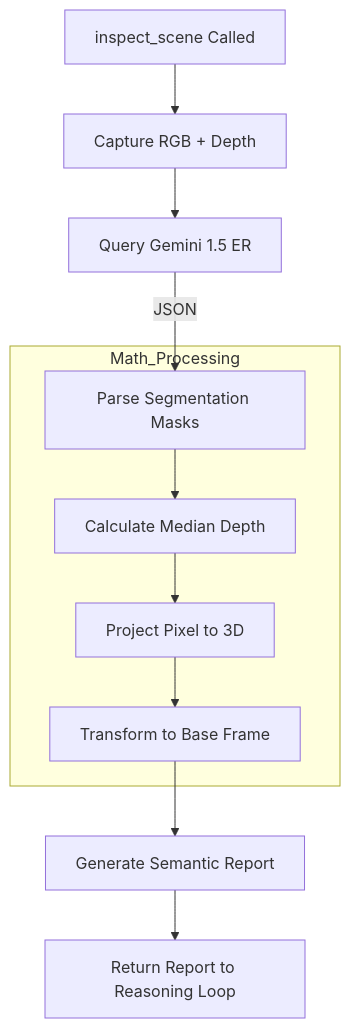
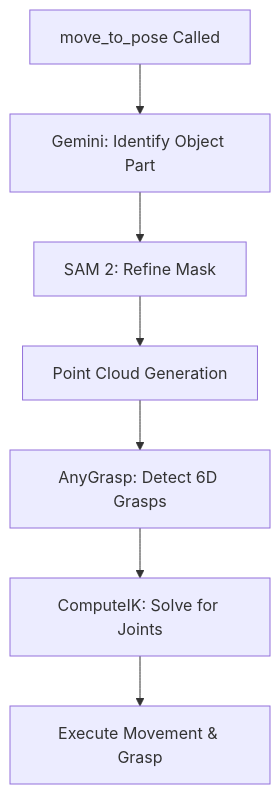
One commit to jakmilller/kinova-gemini changed the third of 4 diagrams in system_architecture.md. Above: the diagram before and after it, drawn with Mermaid. The commit also changed other lines of this file and 18 other files, not shown here.

````diff
--- a/system_architecture.md
+++ b/system_architecture.md
@@ -88,15 +90,9 @@
 ```mermaid
 graph TD
-    Call[inspect_scene Called] --> Cap[Capture RGB + Depth]
-    Cap --> ER[Query Gemini 1.5 ER]
-    ER -->|JSON| Masks[Parse Segmentation Masks]
-    
-    subgraph Math_Processing
-        Masks --> Median[Calculate Median Depth]
-        Median --> Project[Project Pixel to 3D]
-        Project --> TF[Transform to Base Frame]
-    end
-
-    TF --> Report[Generate Semantic Report]
-    Report --> Return[Return Report to Reasoning Loop]
+    Call[move_to_pose Called] --> GemBox[Gemini: Identify Object Part]
+    GemBox --> SAM[SAM 2: Refine Mask]
+    SAM --> PC[Point Cloud Generation]
+    PC --> AG[AnyGrasp: Detect 6D Grasps]
+    AG --> IK[ComputeIK: Solve for Joints]
+    IK --> Move[Execute Movement & Grasp]
 ```
````
